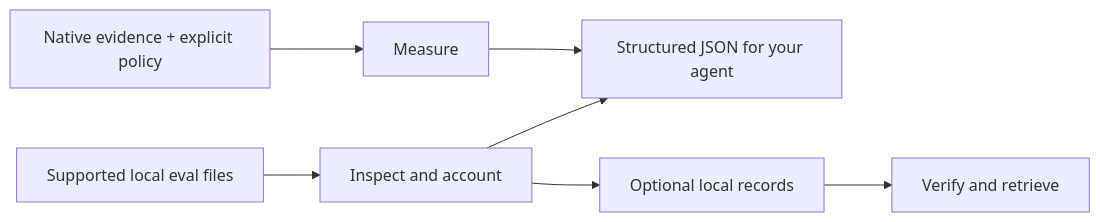
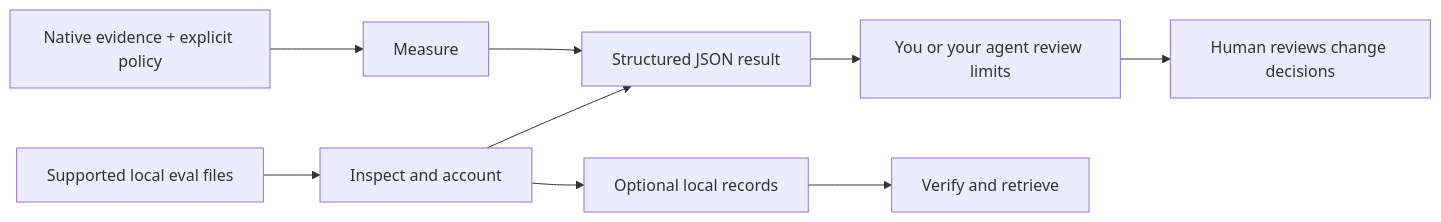
Before and after one commit to ntts9990/underwrite: the diagram in README.md, drawn with Mermaid. The commit also changed other lines of this file and 2 other files, not shown here.

First line of the commit message:
docs: align underwrite README with shared evidence playbook

````diff
--- a/README.md
+++ b/README.md
@@ -51,9 +121,11 @@
 ```mermaid
 flowchart LR
     A[Supported local eval files] --> B[Inspect and account]
-    B --> C[Structured JSON for your agent]
-    B --> D[Optional local records]
-    E[Native evidence + explicit policy] --> F[Measure]
-    F --> C
-    D --> G[Verify and retrieve]
+    B --> C[Structured JSON result]
+    C --> D[You or your agent review limits]
+    D --> E[Human reviews change decisions]
+    B --> F[Optional local records]
+    F --> G[Verify and retrieve]
+    H[Native evidence + explicit policy] --> I[Measure]
+    I --> C
 ```
````
